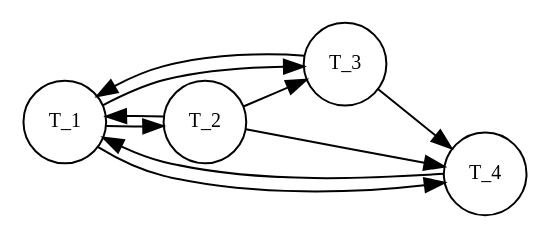
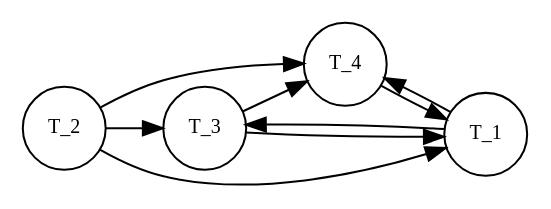
The diagram in Transaktionssysteme/Uebung/uebung05/graph_2_b_5.dot (Occams/WS11-12), drawn with Graphviz before and after one commit. The commit also changed 8 other files, not shown here.

```diff
--- a/Transaktionssysteme/Uebung/uebung05/graph_2_b_5.dot
+++ b/Transaktionssysteme/Uebung/uebung05/graph_2_b_5.dot
@@ -1,11 +1,11 @@
 digraph G {
 	graph [ranksep=0.4, nodesep=0.1,rankdir=LR]
  	 node [shape=circle,fontsize=10];
-	"T_1" -> "T_2" -> "T_3" -> "T_4"
+	"T_2" -> "T_3" -> "T_4"
 	"T_1" -> "T_3"
 	"T_2" -> "T_4"
 	"T_1" -> "T_4"
 	"T_2" -> "T_1"
 	"T_4" -> "T_1"
 	"T_3" -> "T_1"
 }
```
